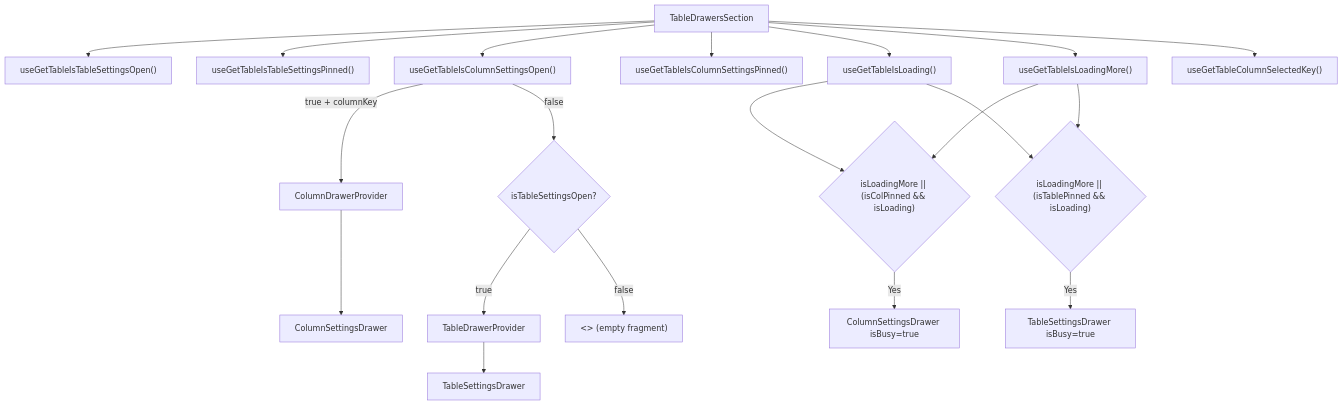
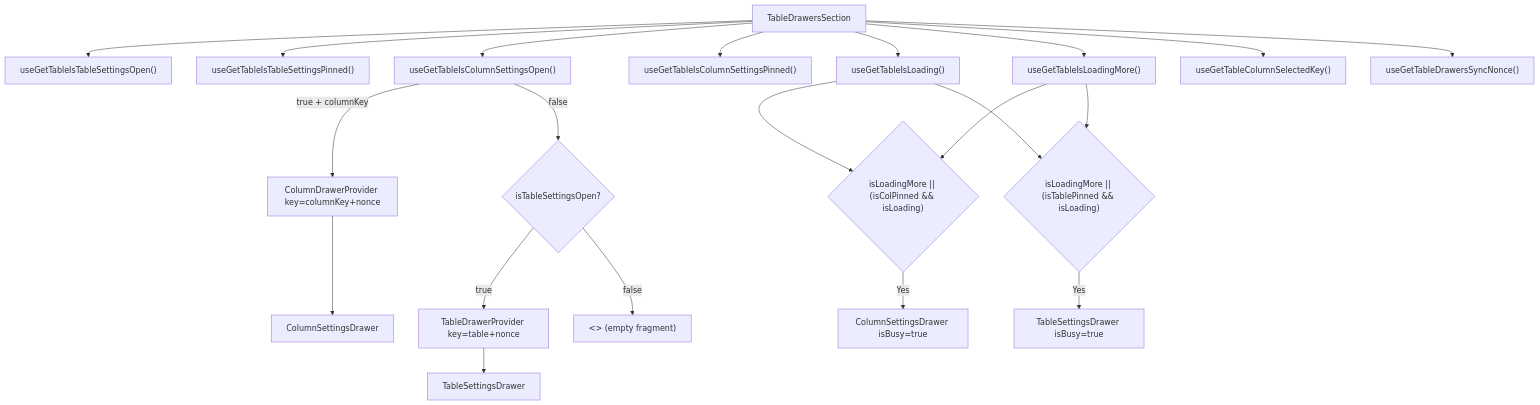
The diagram in apps/react-router/src/components/Table/TableDrawersSection/ARCHITECTURE.md (luciocabrera/lcabrera-stack), drawn with Mermaid before and after one commit. The commit also changed other lines of this file and 20 other files, not shown here.

Commit message:
feat: add drawersSyncNonce to TableMetaState and update related components

````diff
--- a/apps/react-router/src/components/Table/TableDrawersSection/ARCHITECTURE.md
+++ b/apps/react-router/src/components/Table/TableDrawersSection/ARCHITECTURE.md
@@ -18,25 +18,26 @@
 ```mermaid
 graph TD
   TDS["TableDrawersSection"] --> isTable["useGetTableIsTableSettingsOpen()"]
   TDS --> isTablePinned["useGetTableIsTableSettingsPinned()"]
   TDS --> isCol["useGetTableIsColumnSettingsOpen()"]
   TDS --> isColPinned["useGetTableIsColumnSettingsPinned()"]
   TDS --> isLoading["useGetTableIsLoading()"]
   TDS --> isLoadingMore["useGetTableIsLoadingMore()"]
   TDS --> colKey["useGetTableColumnSelectedKey()"]
+  TDS --> syncNonce["useGetTableDrawersSyncNonce()"]
 
-  isCol -->|"true + columnKey"| CDP["ColumnDrawerProvider"]
+  isCol -->|"true + columnKey"| CDP["ColumnDrawerProvider key=columnKey+nonce"]
   CDP --> CSD["ColumnSettingsDrawer"]
   isLoadingMore --> CBusy{"isLoadingMore || (isColPinned && isLoading)"}
   isLoading --> CBusy
   CBusy -->|Yes| CBusyProp["ColumnSettingsDrawer isBusy=true"]
 
   isCol -->|false| check2{"isTableSettingsOpen?"}
-  check2 -->|true| TDP["TableDrawerProvider"]
+  check2 -->|true| TDP["TableDrawerProvider key=table+nonce"]
   TDP --> TSD["TableSettingsDrawer"]
   isLoadingMore --> TBusy{"isLoadingMore || (isTablePinned && isLoading)"}
   isLoading --> TBusy
   TBusy -->|Yes| TBusyProp["TableSettingsDrawer isBusy=true"]
 
   check2 -->|false| empty["<> (empty fragment)"]
 ```
````
